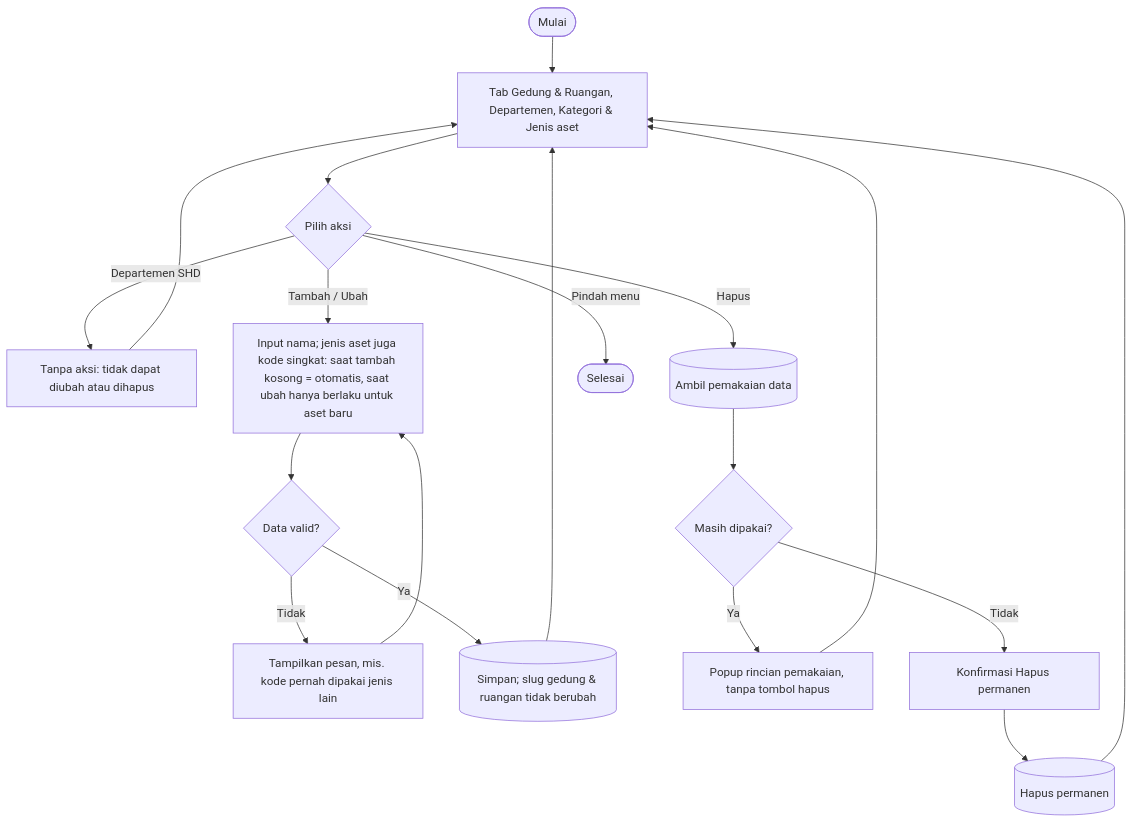
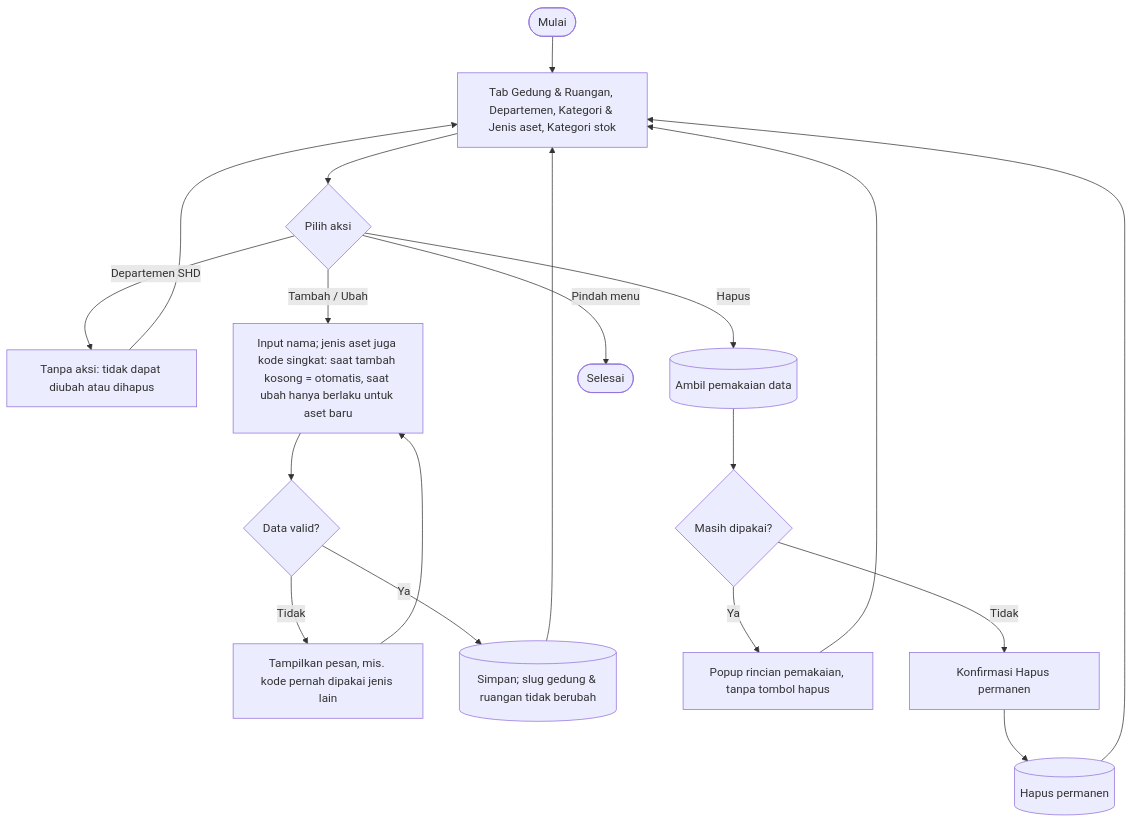
Before and after one commit to mrizqihidayat/system-tracking-asset: the ninth of 9 diagrams in docs/flowchart.md, drawn with Mermaid. The commit also changed other lines of this file and 38 other files, not shown here.

First line of the commit message:
T26s: kategori stok sebagai data master

````diff
--- a/docs/flowchart.md
+++ b/docs/flowchart.md
@@ -330,17 +330,17 @@
 ```mermaid
 flowchart TD
-    A([Mulai]) --> B[Tab Gedung & Ruangan, Departemen, Kategori & Jenis aset]
+    A([Mulai]) --> B[Tab Gedung & Ruangan, Departemen, Kategori & Jenis aset, Kategori stok]
     B --> C{Pilih aksi}
 
     C -- Departemen SHD --> C1[Tanpa aksi: tidak dapat diubah atau dihapus] --> B
 
     C -- Tambah / Ubah --> T1[Input nama; jenis aset juga kode singkat: saat tambah kosong = otomatis, saat ubah hanya berlaku untuk aset baru] --> T2{Data valid?}
     T2 -- Tidak --> T3[Tampilkan pesan, mis. kode pernah dipakai jenis lain] --> T1
     T2 -- Ya --> T4[(Simpan; slug gedung & ruangan tidak berubah)] --> B
 
     C -- Hapus --> H1[(Ambil pemakaian data)] --> H2{Masih dipakai?}
     H2 -- Ya --> H3[Popup rincian pemakaian, tanpa tombol hapus] --> B
     H2 -- Tidak --> H4[Konfirmasi Hapus permanen] --> H5[(Hapus permanen)] --> B
 
     C -- Pindah menu --> Z([Selesai])
 ```
````
